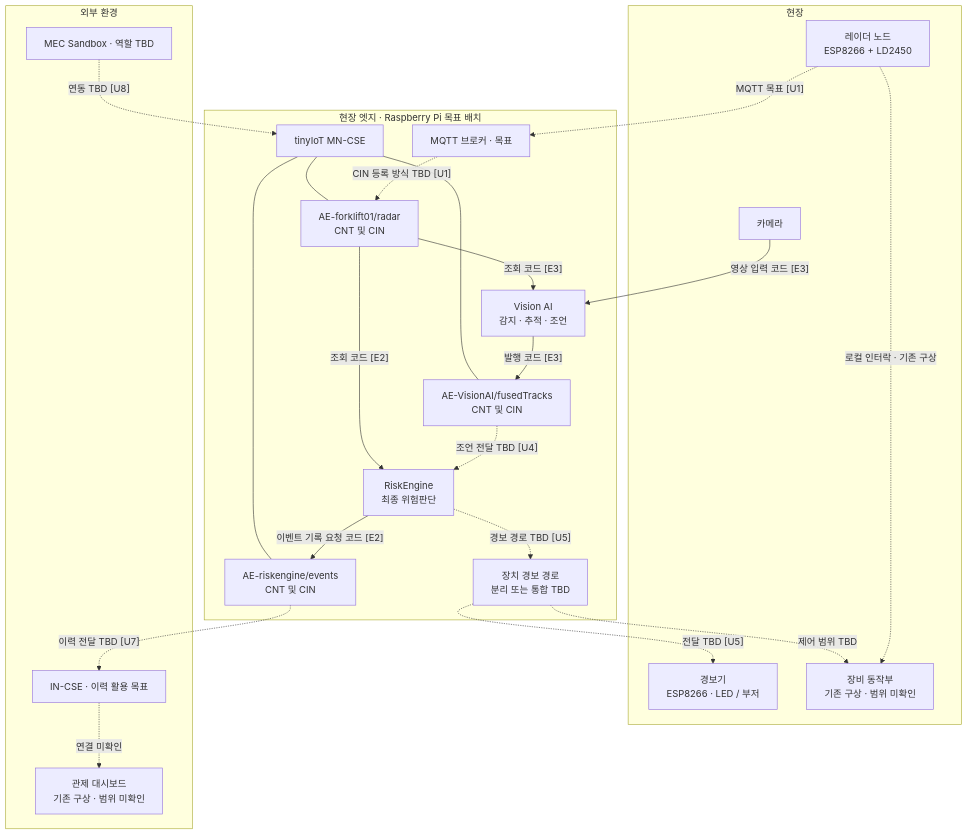
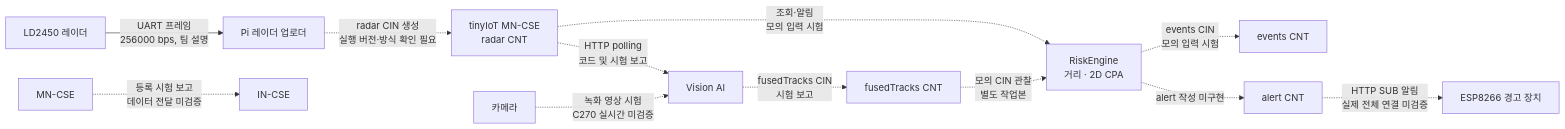
The first of 4 diagrams in docs/architecture.md (extra-7ex/Sejong_4IoT_OneM2M), drawn with Mermaid before and after one commit. The commit also changed other lines of this file and 1 other file, not shown here.

````diff
--- a/docs/architecture.md
+++ b/docs/architecture.md
@@ -46,42 +16,14 @@
 ```mermaid
-flowchart TB
-    subgraph FIELD["현장"]
-        SENSOR["레이더 노드<br/>ESP8266 + LD2450"]
-        CAMERA["카메라"]
-        ALARM["경보기<br/>ESP8266 · LED / 부저"]
-        ACT["장비 동작부<br/>기존 구상 · 범위 미확인"]
-    end
-    subgraph EDGE["현장 엣지 · Raspberry Pi 목표 배치"]
-        BROKER["MQTT 브로커 · 목표"]
-        CSE["tinyIoT MN-CSE"]
-        RADAR["AE-forklift01/radar<br/>CNT 및 CIN"]
-        FUSED["AE-VisionAI/fusedTracks<br/>CNT 및 CIN"]
-        EVENTS["AE-riskengine/events<br/>CNT 및 CIN"]
-        VISION["Vision AI<br/>감지 · 추적 · 조언"]
-        RISK["RiskEngine<br/>최종 위험판단"]
-        ALERT["장치 경보 경로<br/>분리 또는 통합 TBD"]
-        CSE --- RADAR
-        CSE --- FUSED
-        CSE --- EVENTS
-        BROKER -. "CIN 등록 방식 TBD [U1]" .-> RADAR
-        RADAR -- "조회 코드 [E2]" --> RISK
-        RADAR -- "조회 코드 [E3]" --> VISION
-        VISION -- "발행 코드 [E3]" --> FUSED
-        FUSED -. "조언 전달 TBD [U4]" .-> RISK
-        RISK -- "이벤트 기록 요청 코드 [E2]" --> EVENTS
-        RISK -. "경보 경로 TBD [U5]" .-> ALERT
-    end
-    subgraph EXTERNAL["외부 환경"]
-        IN["IN-CSE · 이력 활용 목표"]
-        MEC["MEC Sandbox · 역할 TBD"]
-        DASH["관제 대시보드<br/>기존 구상 · 범위 미확인"]
-    end
-    SENSOR -. "MQTT 목표 [U1]" .-> BROKER
-    CAMERA -- "영상 입력 코드 [E3]" --> VISION
-    ALERT -. "전달 TBD [U5]" .-> ALARM
-    ALERT -. "제어 범위 TBD" .-> ACT
-    SENSOR -. "로컬 인터락 · 기존 구상" .-> ACT
-    EVENTS -. "이력 전달 TBD [U7]" .-> IN
-    IN -. "연결 미확인" .-> DASH
-    MEC -. "연동 TBD [U8]" .-> CSE
+flowchart LR
+  LD["LD2450 레이더"] -- "UART 프레임<br/>256000 bps, 팀 설명" --> UP["Pi 레이더 업로더"]
+  UP -. "radar CIN 생성<br/>실행 버전·방식 확인 필요" .-> RAD["tinyIoT MN-CSE<br/>radar CNT"]
+  RAD -. "조회·알림<br/>모의 입력 시험" .-> ENGINE["RiskEngine<br/>거리 · 2D CPA"]
+  ENGINE -. "events CIN<br/>모의 입력 시험" .-> EVENT["events CNT"]
+  CAM["카메라"] -. "녹화 영상 시험<br/>C270 실시간 미검증" .-> VISION["Vision AI"]
+  RAD -. "HTTP polling<br/>코드 및 시험 보고" .-> VISION
+  VISION -. "fusedTracks CIN<br/>시험 보고" .-> FUSED["fusedTracks CNT"]
+  FUSED -. "모의 CIN 관찰<br/>별도 작업본" .-> ENGINE
+  ALERT["alert CNT"] -. "HTTP SUB 알림<br/>실제 전체 연결 미검증" .-> ESP["ESP8266 경고 장치"]
+  ENGINE -. "alert 작성 미구현" .-> ALERT
+  CSE["MN-CSE"] -. "등록 시험 보고<br/>데이터 전달 미검증" .-> IN["IN-CSE"]
 ```
````
